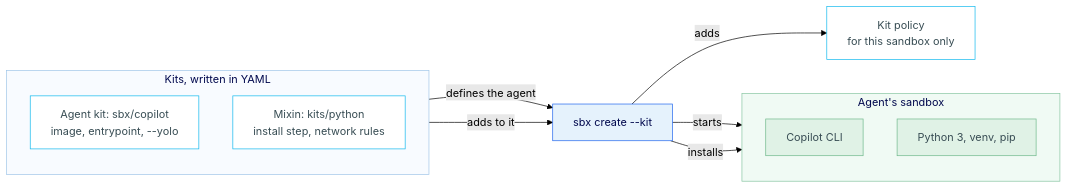
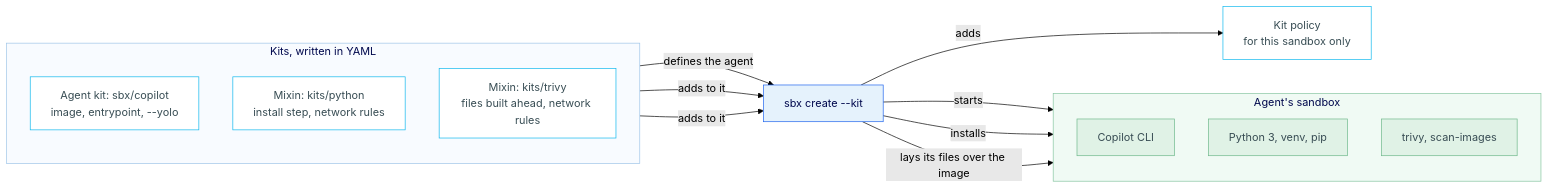
Before and after one commit to ajeetraina/sbx-lab: the diagram in instructions/02-kits.md, drawn with Mermaid (forest theme). The commit also changed other lines of this file, not shown here.

Commit message:
Show the Trivy kit in the Kits page diagram and kit set
- Diagram: add the Trivy mixin next to the Python one, and trivy and
  scan-images in the agent's sandbox. The arrows contrast the two mixins:
  sbx installs Python, but lays the Trivy kit's files over the image.
- Kit set: add the Trivy mixin as a third component, say both mixins must
  be published first and keep their own content and rules, and rename the
  example from copilot-python to copilot-tools.

````diff
--- a/instructions/02-kits.md
+++ b/instructions/02-kits.md
@@ -14,40 +14,46 @@
 ```mermaid
 graph LR
     subgraph Kits["Kits, written in YAML"]
         direction TB
         AgentKit["Agent kit: sbx/copilot<br/>image, entrypoint, --yolo"]
-        Mixin["Mixin: kits/python<br/>install step, network rules"]
+        PythonMixin["Mixin: kits/python<br/>install step, network rules"]
+        TrivyMixin["Mixin: kits/trivy<br/>files built ahead, network rules"]
     end
 
     Create["sbx create --kit"]
 
     subgraph Sandbox["Agent's sandbox"]
         direction TB
         Copilot["Copilot CLI"]
         Python["Python 3, venv, pip"]
+        Trivy["trivy, scan-images"]
     end
 
     KitPolicy["Kit policy<br/>for this sandbox only"]
 
     AgentKit -->|defines the agent| Create
-    Mixin -->|adds to it| Create
+    PythonMixin -->|adds to it| Create
+    TrivyMixin -->|adds to it| Create
     Create -->|starts| Copilot
     Create -->|installs| Python
+    Create -->|lays its files over the image| Trivy
     Create -->|adds| KitPolicy
 
     %% Styles — containers
     style Kits fill:#f8fbff,stroke:#9fc5e8,color:#00084D
     style Sandbox fill:#f0faf4,stroke:#86c5a0,color:#00084D
 
     %% Styles — kit nodes
     style AgentKit fill:#fff,stroke:#0DB7ED,color:#384D54
-    style Mixin fill:#fff,stroke:#0DB7ED,color:#384D54
+    style PythonMixin fill:#fff,stroke:#0DB7ED,color:#384D54
+    style TrivyMixin fill:#fff,stroke:#0DB7ED,color:#384D54
     style KitPolicy fill:#fff,stroke:#0DB7ED,color:#384D54
 
     %% Styles — infrastructure
     style Create fill:#E5F2FC,stroke:#1D63ED,color:#00084D
 
     %% Styles — sandbox nodes
     style Copilot fill:#e0f2e6,stroke:#6db88a,color:#384D54
     style Python fill:#e0f2e6,stroke:#6db88a,color:#384D54
+    style Trivy fill:#e0f2e6,stroke:#6db88a,color:#384D54
 ```
````
